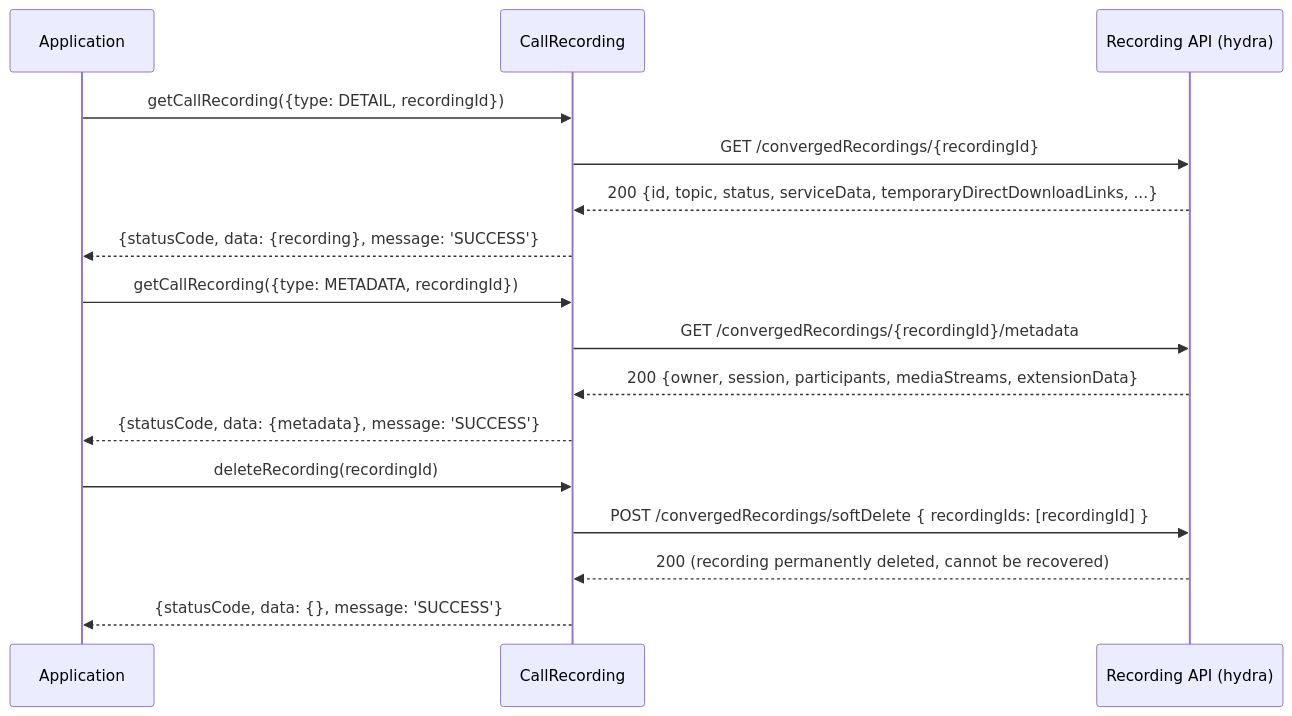
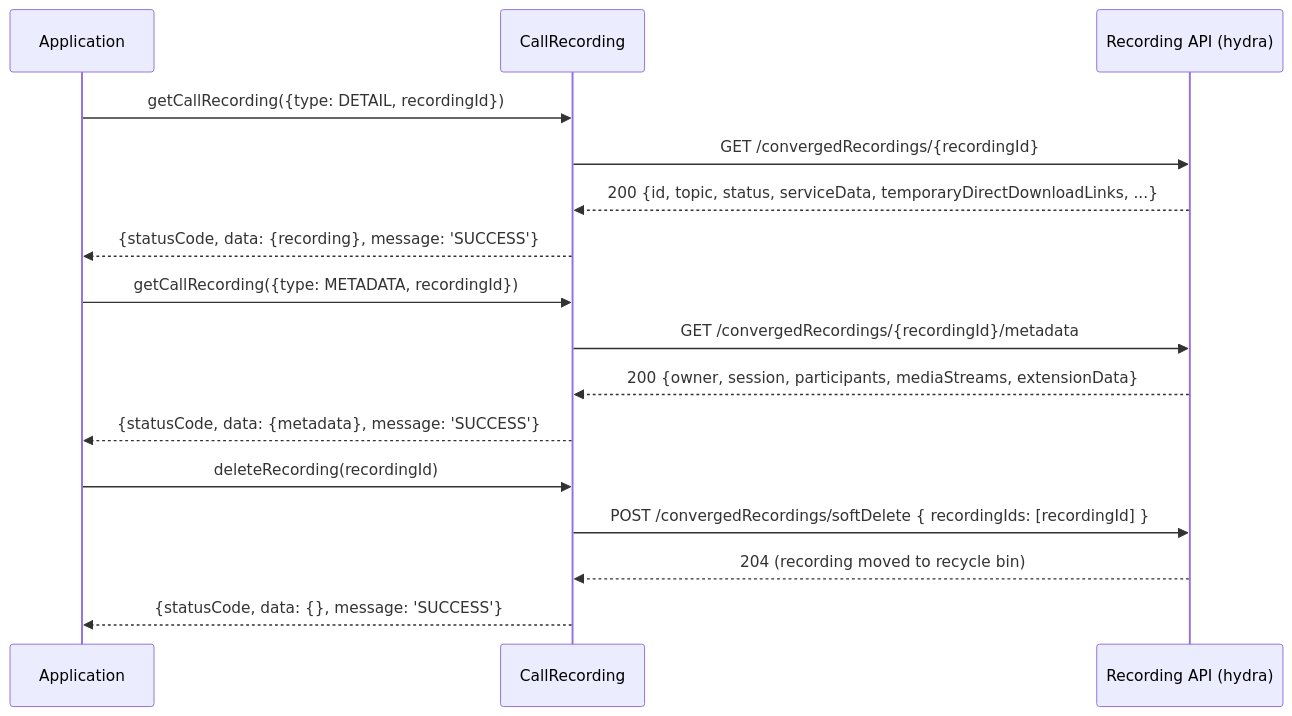
The fourth of 6 diagrams in packages/calling/src/CallRecording/ai-docs/ARCHITECTURE.md (webex/webex-js-sdk), drawn with Mermaid before and after one commit. The commit also changed other lines of this file and 2 other files, not shown here.

Commit message:
docs(calling): align deleteRecording docs with soft delete behavior
Update stale JSDoc/architecture docs that still described the old
compliance permanent-delete path for deleteRecording. The connector now
uses POST /convergedRecordings/softDelete (recycle bin), so:

- CallRecording facade deleteRecording JSDoc -> soft delete / recycle bin
- ICallRecording interface summary -> soft delete instead of permanent
- ARCHITECTURE.md sequence note -> 204 (recording moved to recycle bin)
- ARCHITECTURE.md component edge -> GET reads / POST softDelete

Addresses PR review feedback (doc-only; no behavior change).

````diff
--- a/packages/calling/src/CallRecording/ai-docs/ARCHITECTURE.md
+++ b/packages/calling/src/CallRecording/ai-docs/ARCHITECTURE.md
@@ -151,21 +151,21 @@
 ```mermaid
 sequenceDiagram
     participant App as Application
     participant CR as CallRecording
     participant WxApp as Recording API (hydra)
 
     App->>CR: getCallRecording({type: DETAIL, recordingId})
     CR->>WxApp: GET /convergedRecordings/{recordingId}
     WxApp-->>CR: 200 {id, topic, status, serviceData, temporaryDirectDownloadLinks, ...}
     CR-->>App: {statusCode, data: {recording}, message: 'SUCCESS'}
 
     App->>CR: getCallRecording({type: METADATA, recordingId})
     CR->>WxApp: GET /convergedRecordings/{recordingId}/metadata
     WxApp-->>CR: 200 {owner, session, participants, mediaStreams, extensionData}
     CR-->>App: {statusCode, data: {metadata}, message: 'SUCCESS'}
 
     App->>CR: deleteRecording(recordingId)
     CR->>WxApp: POST /convergedRecordings/softDelete { recordingIds: [recordingId] }
-    WxApp-->>CR: 200 (recording permanently deleted, cannot be recovered)
+    WxApp-->>CR: 204 (recording moved to recycle bin)
     CR-->>App: {statusCode, data: {}, message: 'SUCCESS'}
 ```
````
